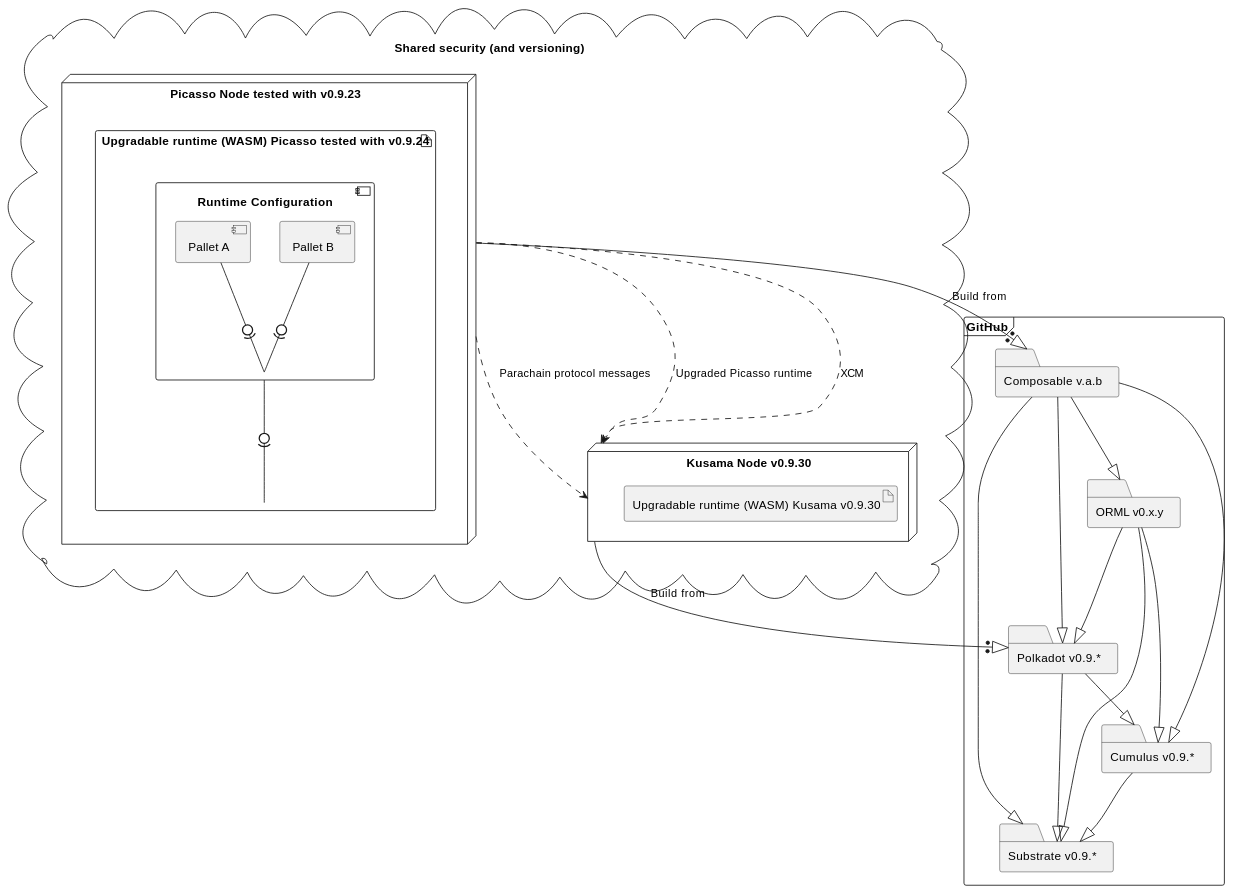
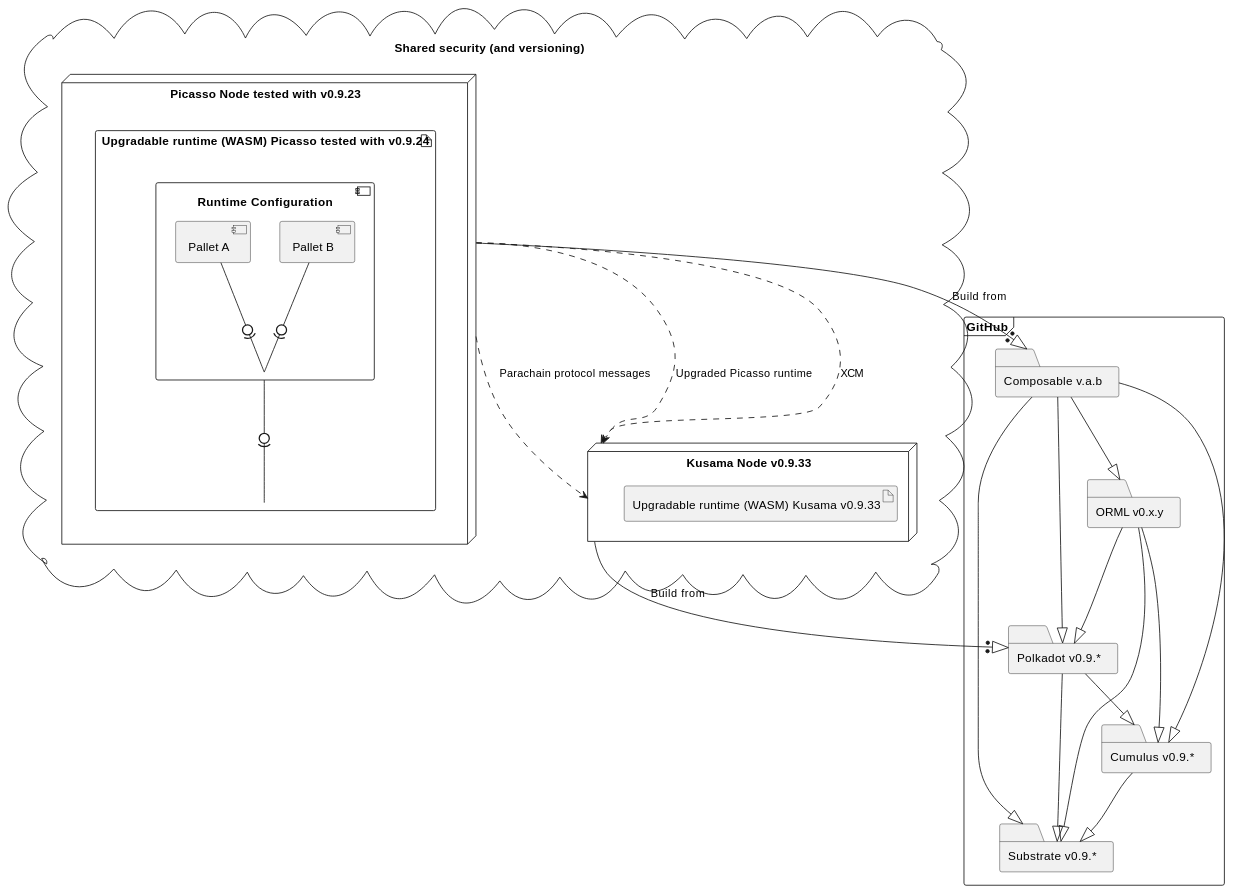
One commit to ComposableFi/composable changed the diagram in docs/docs/internal/runtime-upgrades-and-versioning.md. Above: the diagram before and after it, drawn with PlantUML. The commit also changed 72 other files, not shown here.

````diff
--- a/docs/docs/internal/runtime-upgrades-and-versioning.md
+++ b/docs/docs/internal/runtime-upgrades-and-versioning.md
@@ -9,50 +9,50 @@
 ```plantuml
 @startuml
 
 frame "GitHub" as github {
     folder "Substrate v0.9.*" as substrate
     folder "Cumulus v0.9.*" as cumulus
     folder "Polkadot v0.9.*" as polkadot
     folder "ORML v0.x.y" as orml 
     folder "Composable v.a.b" as composable 
 }
 
 cloud "Shared security (and versioning)" {
     node "Picasso Node tested with v0.9.23" as picasso {
         artifact "Upgradable runtime (WASM) Picasso tested with v0.9.24" as picasso_runtime {
             component "Runtime Configuration" as runtime_configuration {
                     component "Pallet A" as pallet_a
                     component "Pallet B" as pallet_b
             }
         }
     }
 
-    node "Kusama Node v0.9.30" as kusama {
-        artifact "Upgradable runtime (WASM) Kusama v0.9.30" as kusama_runtime
+    node "Kusama Node v0.9.33" as kusama {
+        artifact "Upgradable runtime (WASM) Kusama v0.9.33" as kusama_runtime
     } 
 }
 
 picasso -.-> kusama : Upgraded Picasso runtime
 picasso -.-> kusama : XCM
 picasso -.-> kusama : Parachain protocol messages
 pallet_a -0)- runtime_configuration
 pallet_b -0)- runtime_configuration
 runtime_configuration -0)- picasso_runtime
 
 cumulus --^ substrate
 polkadot --^ cumulus
 polkadot --^ substrate
 orml --^ substrate
 orml --^ cumulus
 orml --^ polkadot
 composable --^ substrate
 composable --^ cumulus
 composable --^ polkadot
 composable --^ orml
 
 picasso --:|> composable: Build from
 kusama --:|> polkadot: Build from
 
 
 @enduml
 ```
````
